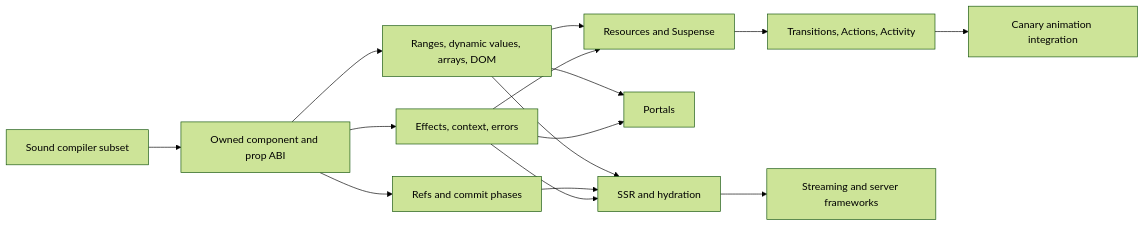
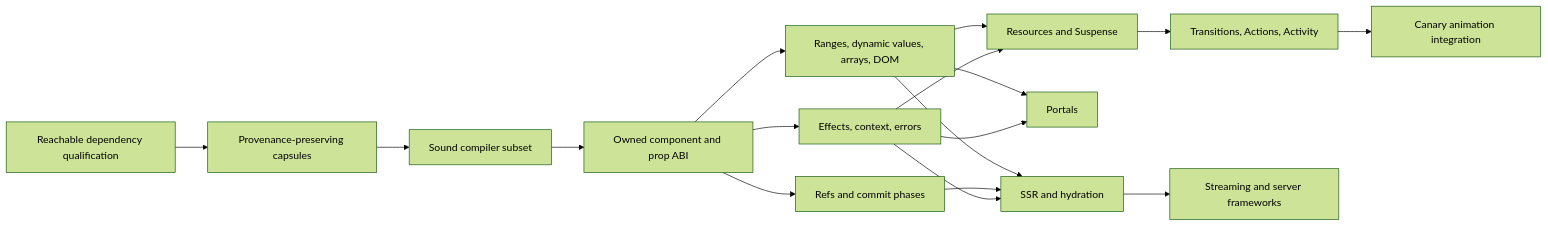
The diagram in docs/roadmap/react-feature-roadmap.md (mohebifar/vidact), drawn with Mermaid (forest theme) before and after one commit. The commit also changed other lines of this file and 5 other files, not shown here.

Commit message:
docs: record React dependency capsules

````diff
--- a/docs/roadmap/react-feature-roadmap.md
+++ b/docs/roadmap/react-feature-roadmap.md
@@ -52,17 +55,19 @@
 ```mermaid
 flowchart LR
-  A["Sound compiler subset"] --> B["Owned component and prop ABI"]
+  Q["Reachable dependency qualification"] --> P["Provenance-preserving capsules"]
+  P --> A["Sound compiler subset"]
+  A --> B["Owned component and prop ABI"]
   B --> C["Ranges, dynamic values, arrays, DOM"]
   B --> D["Refs and commit phases"]
   B --> E["Effects, context, errors"]
   C --> F["SSR and hydration"]
   D --> F
   E --> F
   C --> G["Portals"]
   E --> G
   C --> H["Resources and Suspense"]
   E --> H
   H --> I["Transitions, Actions, Activity"]
   F --> J["Streaming and server frameworks"]
   I --> K["Canary animation integration"]
 ```
````
